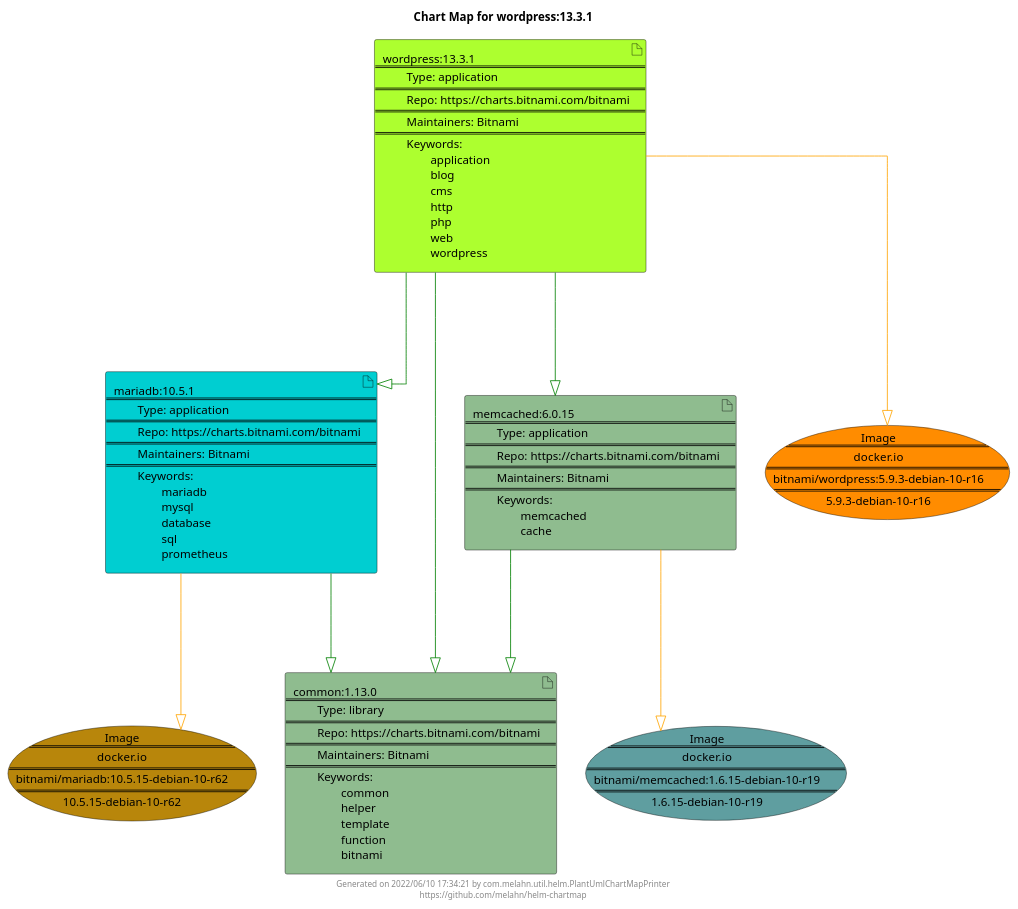
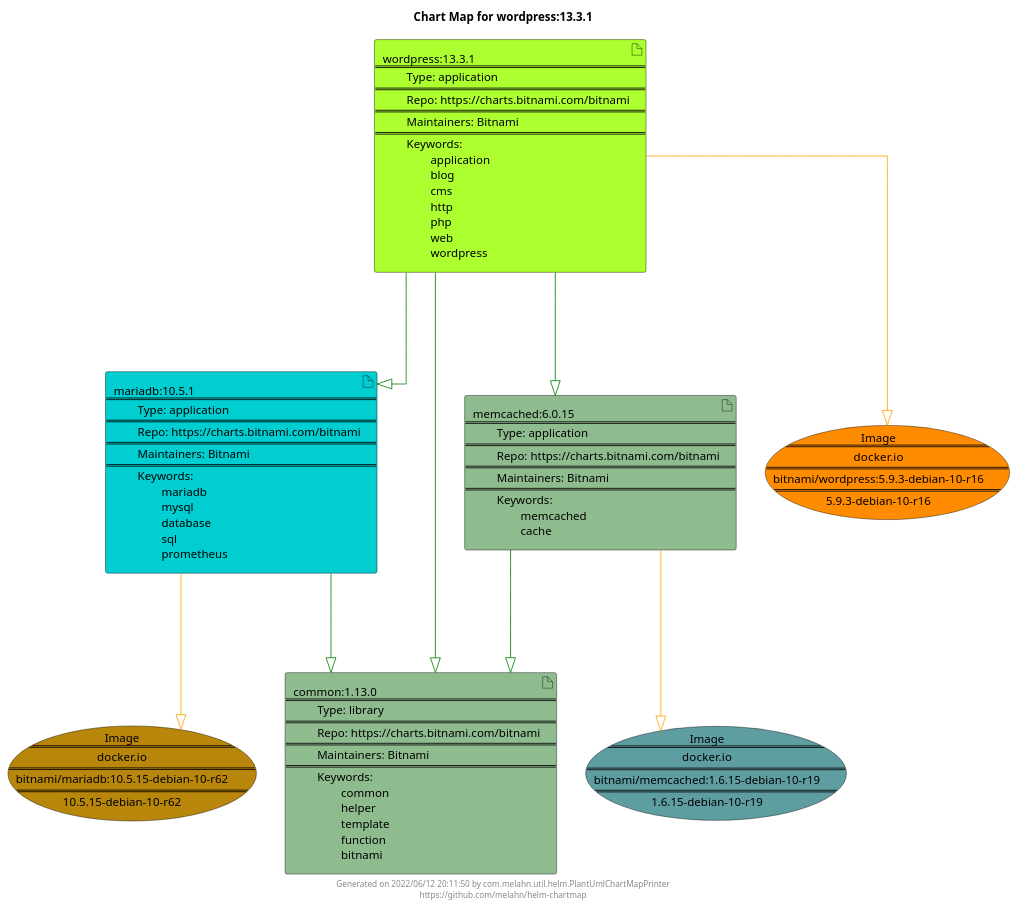
Before and after one commit to melahn/helm-chartmap: the diagram in docs/wordpress/wordpress-13.3.1.puml, drawn with PlantUML. The commit also changed 59 other files, not shown here.

Commit message:
Update Example Chart Maps as part of GitHub build

```diff
--- a/docs/wordpress/wordpress-13.3.1.puml
+++ b/docs/wordpress/wordpress-13.3.1.puml
@@ -1,33 +1,33 @@
 @startuml
 skinparam linetype ortho
 skinparam backgroundColor white
 skinparam usecaseBorderColor black
 skinparam usecaseArrowColor LightSlateGray
 skinparam artifactBorderColor black
 skinparam artifactArrowColor LightSlateGray
 
 title Chart Map for wordpress:13.3.1
 
 'There are 4 referenced Helm Charts
 artifact "wordpress:13.3.1\n====\n\tType: application\n====\n\tRepo: https://charts.bitnami.com/bitnami\n====\n\tMaintainers: Bitnami\n====\n\tKeywords: \n\t\tapplication\n\t\tblog\n\t\tcms\n\t\thttp\n\t\tphp\n\t\tweb\n\t\twordpress" as wordpress_13_3_1 #GreenYellow
 artifact "common:1.13.0\n====\n\tType: library\n====\n\tRepo: https://charts.bitnami.com/bitnami\n====\n\tMaintainers: Bitnami\n====\n\tKeywords: \n\t\tcommon\n\t\thelper\n\t\ttemplate\n\t\tfunction\n\t\tbitnami" as common_1_13_0 #DarkSeaGreen
 artifact "mariadb:10.5.1\n====\n\tType: application\n====\n\tRepo: https://charts.bitnami.com/bitnami\n====\n\tMaintainers: Bitnami\n====\n\tKeywords: \n\t\tmariadb\n\t\tmysql\n\t\tdatabase\n\t\tsql\n\t\tprometheus" as mariadb_10_5_1 #DarkTurquoise
 artifact "memcached:6.0.15\n====\n\tType: application\n====\n\tRepo: https://charts.bitnami.com/bitnami\n====\n\tMaintainers: Bitnami\n====\n\tKeywords: \n\t\tmemcached\n\t\tcache" as memcached_6_0_15 #DarkSeaGreen
 
 'There are 3 referenced Docker Images
 usecase "Image\n====\ndocker.io\n====\nbitnami/memcached:1.6.15-debian-10-r19\n====\n1.6.15-debian-10-r19" as docker_io_bitnami_memcached_1_6_15_debian_10_r19 #CadetBlue
 usecase "Image\n====\ndocker.io\n====\nbitnami/mariadb:10.5.15-debian-10-r62\n====\n10.5.15-debian-10-r62" as docker_io_bitnami_mariadb_10_5_15_debian_10_r62 #DarkGoldenRod
 usecase "Image\n====\ndocker.io\n====\nbitnami/wordpress:5.9.3-debian-10-r16\n====\n5.9.3-debian-10-r16" as docker_io_bitnami_wordpress_5_9_3_debian_10_r16 #Darkorange
 
 'Chart Dependencies
-wordpress_13_3_1--[#green]-|>common_1_13_0
+wordpress_13_3_1--[#green]-|>mariadb_10_5_1
+mariadb_10_5_1--[#green]-|>common_1_13_0
 wordpress_13_3_1--[#green]-|>memcached_6_0_15
 memcached_6_0_15--[#green]-|>common_1_13_0
-wordpress_13_3_1--[#green]-|>mariadb_10_5_1
-mariadb_10_5_1--[#green]-|>common_1_13_0
+wordpress_13_3_1--[#green]-|>common_1_13_0
 wordpress_13_3_1--[#orange]-|>docker_io_bitnami_wordpress_5_9_3_debian_10_r16
 mariadb_10_5_1--[#orange]-|>docker_io_bitnami_mariadb_10_5_15_debian_10_r62
 memcached_6_0_15--[#orange]-|>docker_io_bitnami_memcached_1_6_15_debian_10_r19
 
-center footer Generated on 2022/06/10 17:34:21 by com.melahn.util.helm.PlantUmlChartMapPrinter\nhttps://github.com/melahn/helm-chartmap
+center footer Generated on 2022/06/12 20:11:50 by com.melahn.util.helm.PlantUmlChartMapPrinter\nhttps://github.com/melahn/helm-chartmap
 @enduml
```
